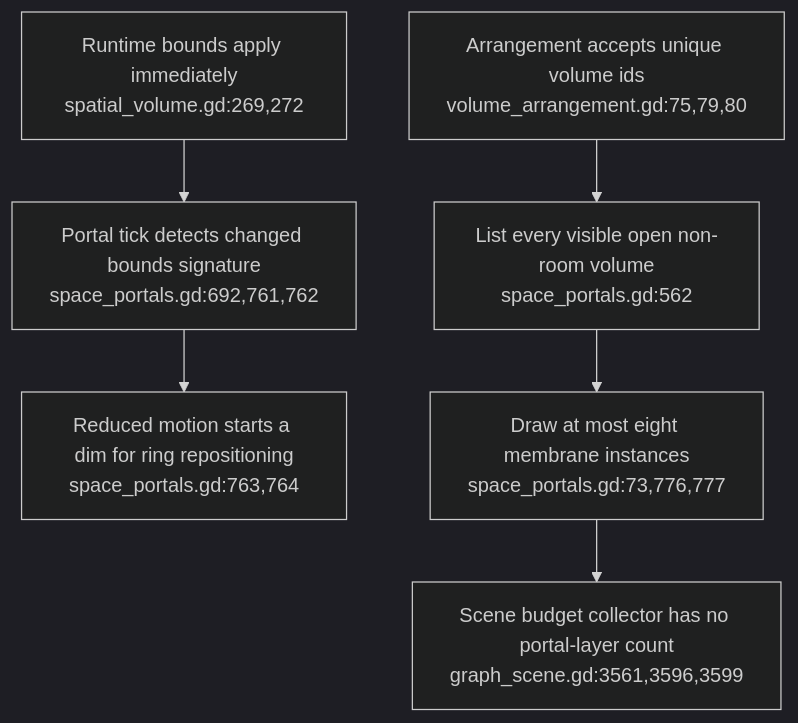
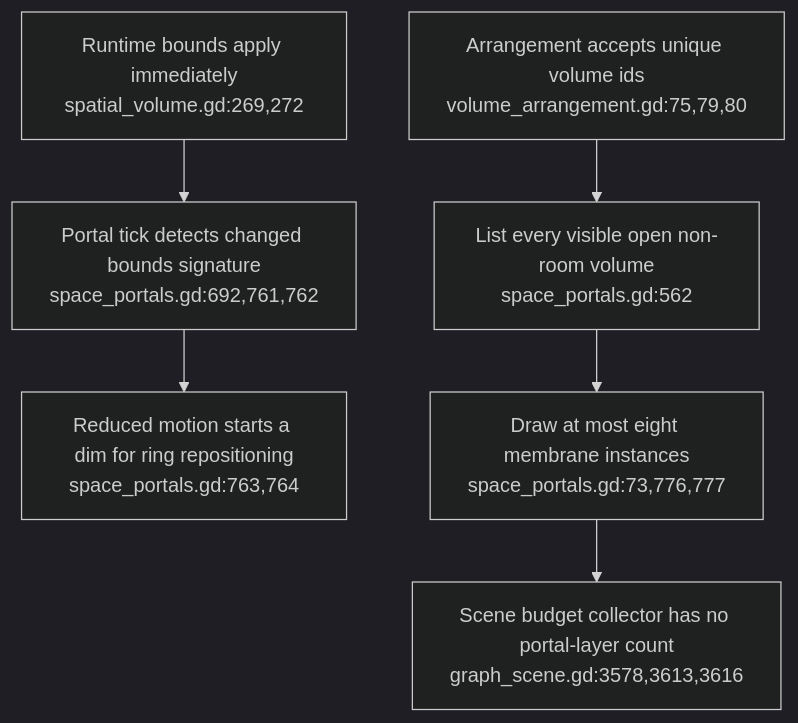
The third of 3 diagrams in docs/diagrams/visionclaw/47-portal-entry-and-scaled-walkthrough.md (DreamLab-AI/VisionFlow), drawn with Mermaid (dark theme) before and after one commit. The commit also changed other lines of this file and 154 other files, not shown here.

First line of the commit message:
docs(diagrams): re-stamp 154 topics whose every citation still reads the same text at the current heads

````diff
--- a/docs/diagrams/visionclaw/47-portal-entry-and-scaled-walkthrough.md
+++ b/docs/diagrams/visionclaw/47-portal-entry-and-scaled-walkthrough.md
@@ -57,8 +57,8 @@
 ```mermaid
 flowchart TD
     API["Runtime bounds apply immediately<br/>spatial_volume.gd:269,272"] --> SIG["Portal tick detects changed bounds signature<br/>space_portals.gd:692,761,762"]
     SIG --> DIM["Reduced motion starts a dim for ring repositioning<br/>space_portals.gd:763,764"]
     ADD["Arrangement accepts unique volume ids<br/>volume_arrangement.gd:75,79,80"] --> IDS["List every visible open non-room volume<br/>space_portals.gd:562"]
     IDS --> MM["Draw at most eight membrane instances<br/>space_portals.gd:73,776,777"]
-    MM --> GAP["Scene budget collector has no portal-layer count<br/>graph_scene.gd:3561,3596,3599"]
+    MM --> GAP["Scene budget collector has no portal-layer count<br/>graph_scene.gd:3578,3613,3616"]
 ```
````
